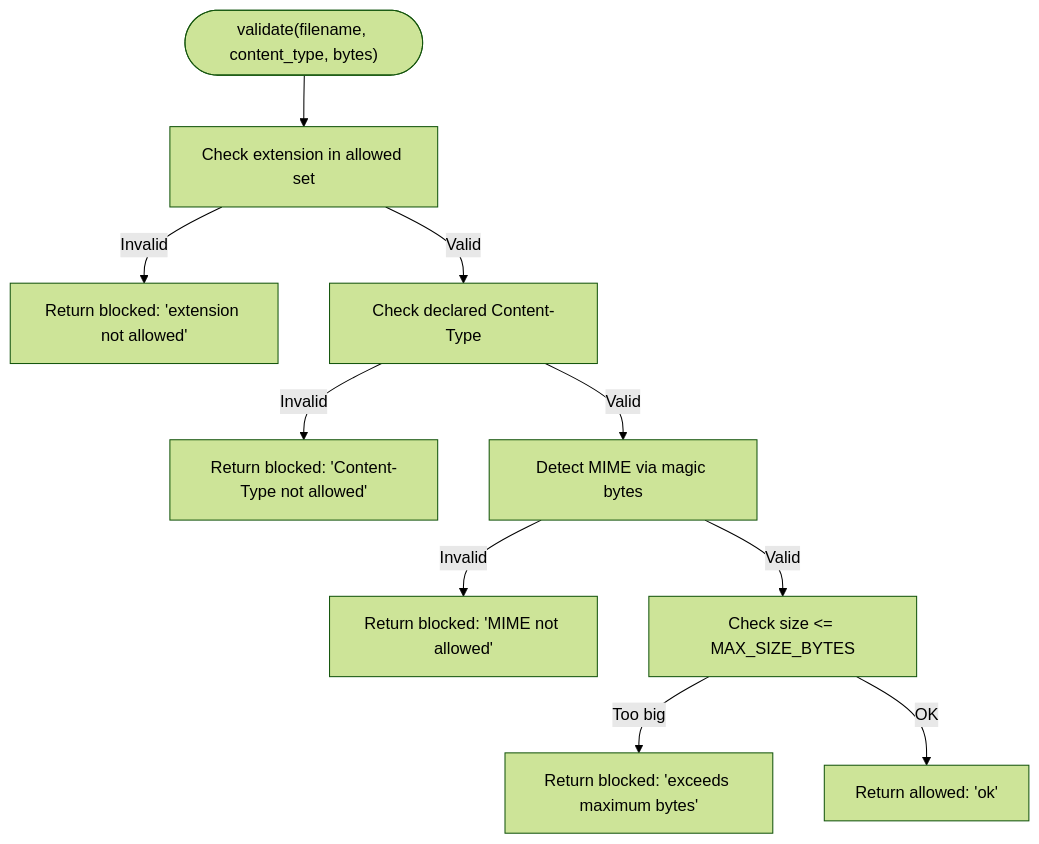
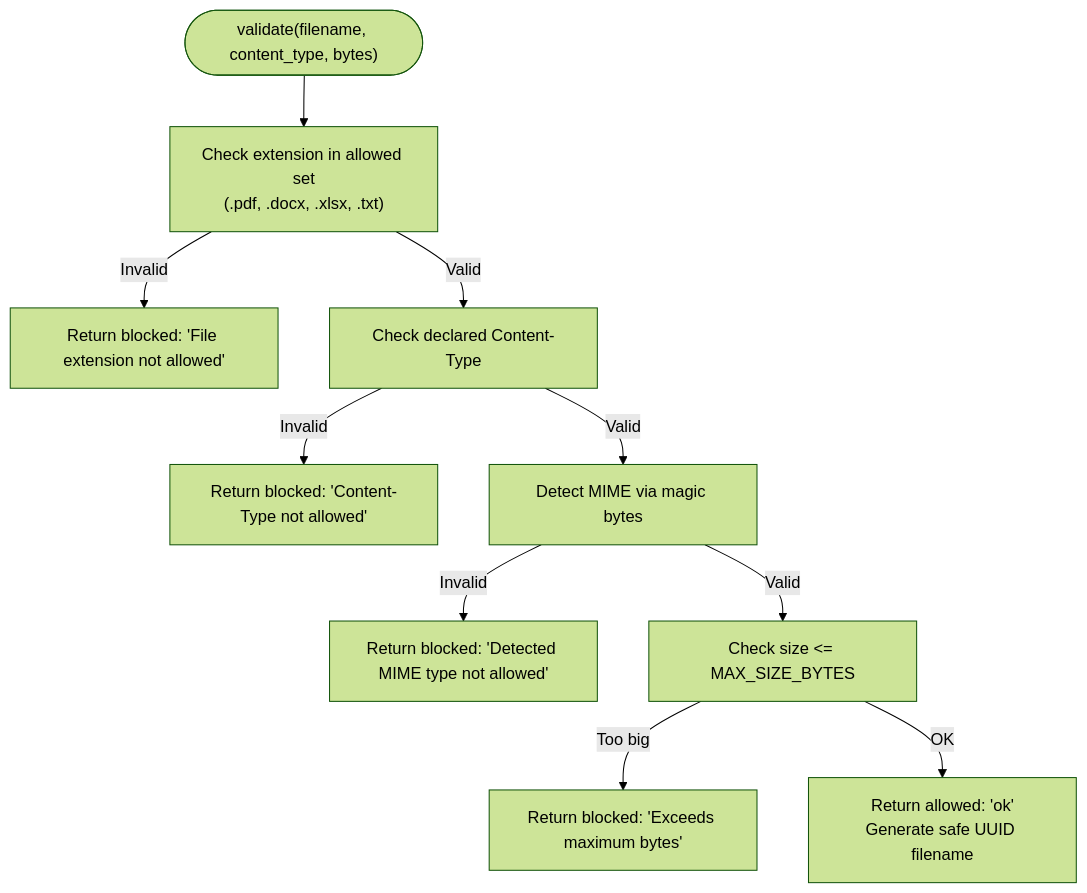
One commit to genes8/private-ai changed the sixth of 9 diagrams in .qoder/repowiki/en/content/Security and Compliance/Security and Compliance.md. Above: the diagram before and after it, drawn with Mermaid (forest theme). The commit also changed other lines of this file and 55 other files, not shown here.

````diff
--- a/.qoder/repowiki/en/content/Security and Compliance/Security and Compliance.md
+++ b/.qoder/repowiki/en/content/Security and Compliance/Security and Compliance.md
@@ -227,12 +270,12 @@
 ```mermaid
 flowchart TD
-StartUV(["validate(filename, content_type, bytes)"]) --> Ext["Check extension in allowed set"]
-Ext --> |Invalid| BlockExt["Return blocked: 'extension not allowed'"]
+StartUV(["validate(filename, content_type, bytes)"]) --> Ext["Check extension in allowed set<br/>(.pdf, .docx, .xlsx, .txt)"]
+Ext --> |Invalid| BlockExt["Return blocked: 'File extension not allowed'"]
 Ext --> |Valid| Ctype["Check declared Content-Type"]
 Ctype --> |Invalid| BlockCtype["Return blocked: 'Content-Type not allowed'"]
 Ctype --> |Valid| Magic["Detect MIME via magic bytes"]
-Magic --> |Invalid| BlockMagic["Return blocked: 'MIME not allowed'"]
+Magic --> |Invalid| BlockMagic["Return blocked: 'Detected MIME type not allowed'"]
 Magic --> |Valid| Size["Check size <= MAX_SIZE_BYTES"]
-Size --> |Too big| BlockSize["Return blocked: 'exceeds maximum bytes'"]
-Size --> |OK| AllowUV["Return allowed: 'ok'"]
+Size --> |Too big| BlockSize["Return blocked: 'Exceeds maximum bytes'"]
+Size --> |OK| AllowUV["Return allowed: 'ok'<br/>Generate safe UUID filename"]
 ```
````
